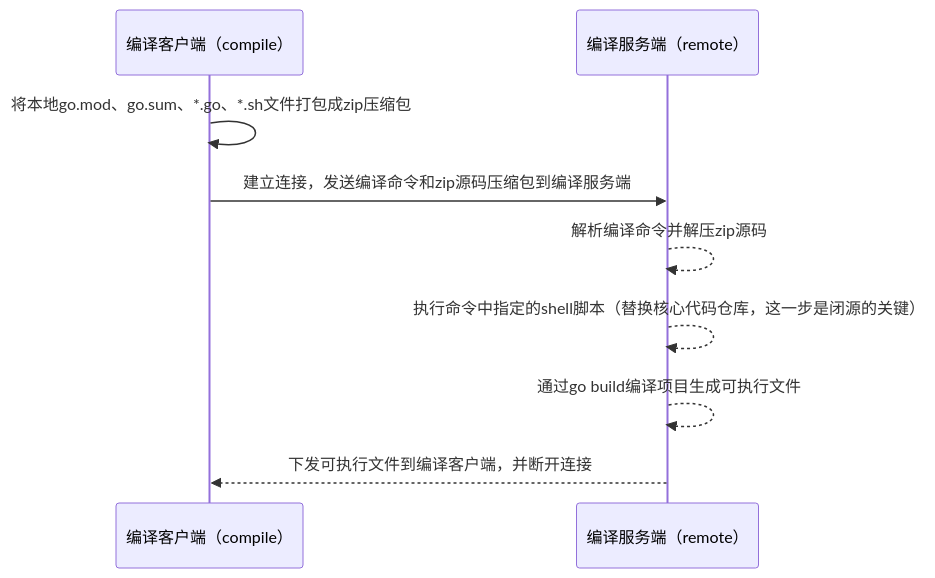
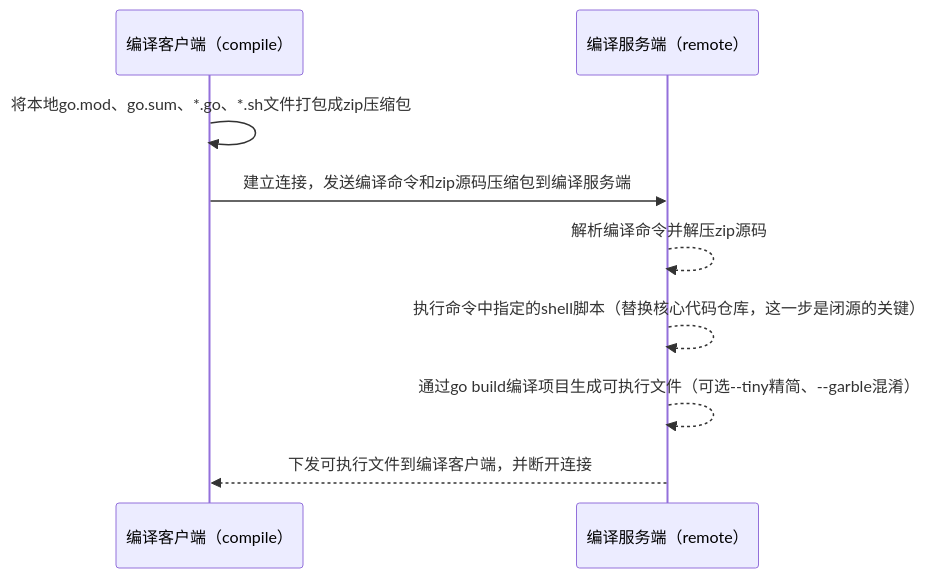
One commit to dobyte/closed-source-solution changed the diagram in README.md. Above: the diagram before and after it, drawn with Mermaid. The commit also changed other lines of this file, not shown here.

````diff
--- a/README.md
+++ b/README.md
@@ -7,12 +7,12 @@
 ```mermaid
 sequenceDiagram
 participant compile as 编译客户端（compile）
 participant remote as 编译服务端（remote）
 
 compile ->> compile: 将本地go.mod、go.sum、*.go、*.sh文件打包成zip压缩包
 compile ->> remote: 建立连接，发送编译命令和zip源码压缩包到编译服务端
 remote -->> remote: 解析编译命令并解压zip源码
 remote -->> remote: 执行命令中指定的shell脚本（替换核心代码仓库，这一步是闭源的关键）
-remote -->> remote: 通过go build编译项目生成可执行文件
+remote -->> remote: 通过go build编译项目生成可执行文件（可选--tiny精简、--garble混淆）
 remote -->> compile: 下发可执行文件到编译客户端，并断开连接
 ```
````
